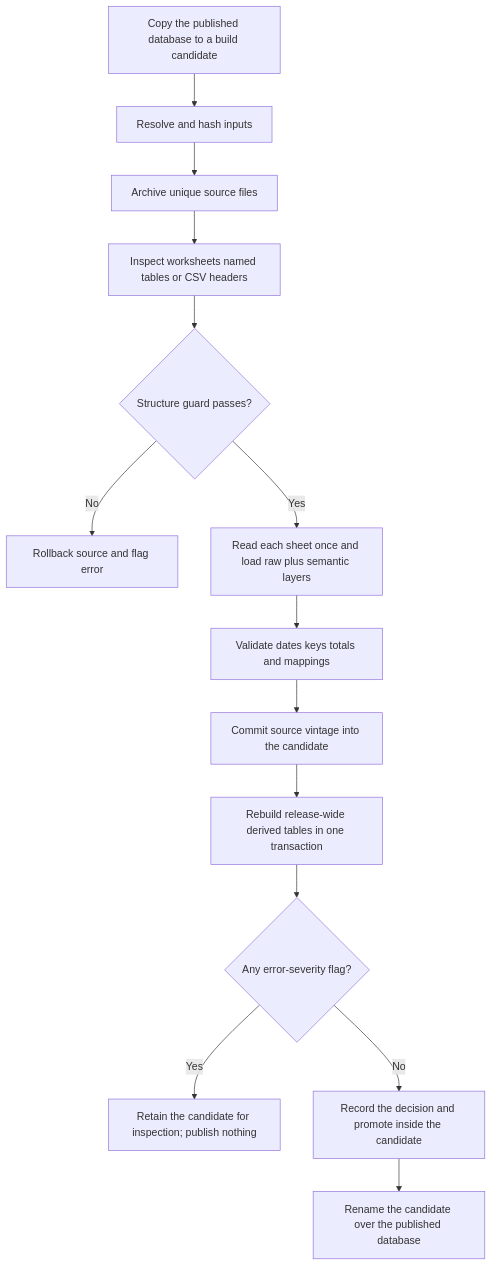
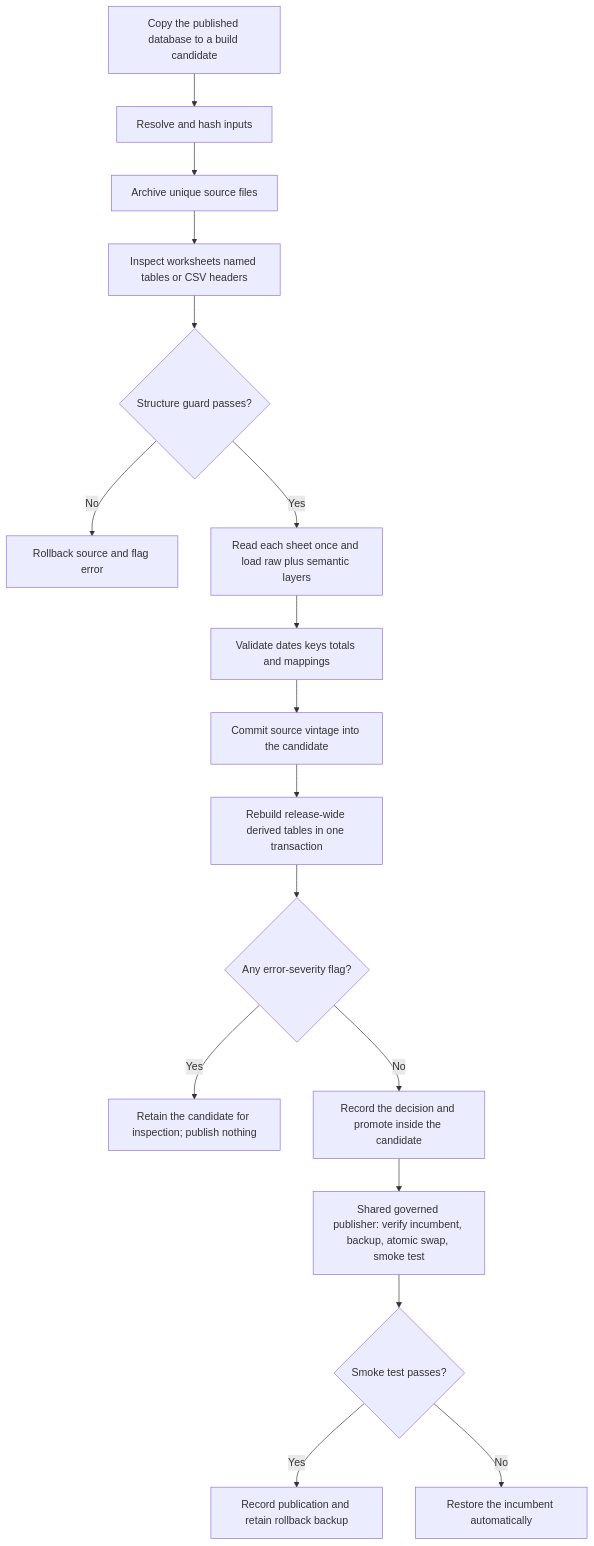
Before and after one commit to Juan-Gonzalez-M/Paraguay_Macro_Database: the diagram in docs/ARCHITECTURE.md, drawn with Mermaid. The commit also changed other lines of this file and 48 other files, not shown here.

Commit message:
Finalize Schema 43 scoped production promotion

````diff
--- a/docs/ARCHITECTURE.md
+++ b/docs/ARCHITECTURE.md
@@ -17,16 +17,19 @@
 ```mermaid
 flowchart TD
     A[Copy the published database to a build candidate] --> B[Resolve and hash inputs]
     B --> C[Archive unique source files]
     C --> D[Inspect worksheets named tables or CSV headers]
     D --> E{Structure guard passes?}
     E -- No --> F[Rollback source and flag error]
     E -- Yes --> G[Read each sheet once and load raw plus semantic layers]
     G --> H[Validate dates keys totals and mappings]
     H --> I[Commit source vintage into the candidate]
     I --> J[Rebuild release-wide derived tables in one transaction]
     J --> K{Any error-severity flag?}
     K -- Yes --> L[Retain the candidate for inspection; publish nothing]
     K -- No --> M[Record the decision and promote inside the candidate]
-    M --> N[Rename the candidate over the published database]
+    M --> N[Shared governed publisher: verify incumbent, backup, atomic swap, smoke test]
+    N --> O{Smoke test passes?}
+    O -- Yes --> P[Record publication and retain rollback backup]
+    O -- No --> Q[Restore the incumbent automatically]
 ```
````
